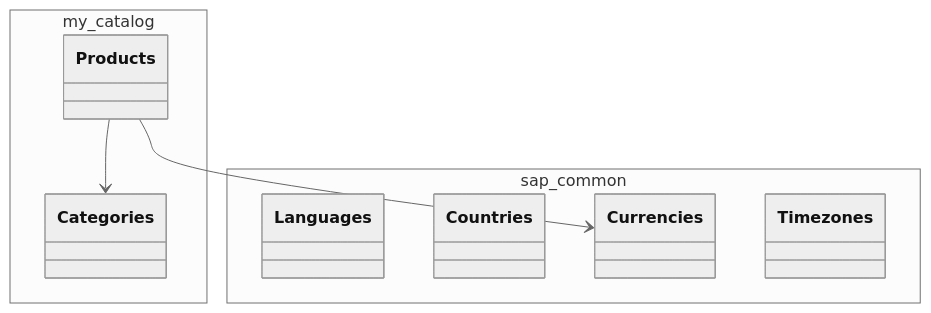
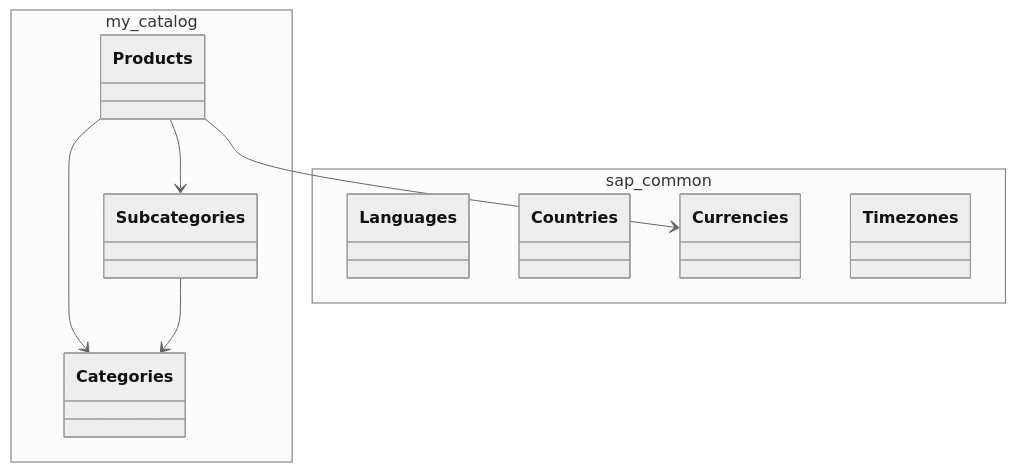
Before and after one commit to daiedy/Test_CAP: the diagram in docs/registry/DOMAIN-MODEL.md, drawn with Mermaid (neutral theme). The commit also changed other lines of this file and 27 other files, not shown here.

First line of the commit message:
feat(srv): products-subcategories backend

````diff
--- a/docs/registry/DOMAIN-MODEL.md
+++ b/docs/registry/DOMAIN-MODEL.md
@@ -8,16 +8,19 @@
 ```mermaid
 classDiagram
   namespace my_catalog {
     class `my.catalog.Products`["Products"]
     class `my.catalog.Categories`["Categories"]
+    class `my.catalog.Subcategories`["Subcategories"]
   }
   namespace sap_common {
     class `sap.common.Languages`["Languages"]
     class `sap.common.Countries`["Countries"]
     class `sap.common.Currencies`["Currencies"]
     class `sap.common.Timezones`["Timezones"]
   }
 
   `my.catalog.Products` -->  `sap.common.Currencies`
   `my.catalog.Products` -->  `my.catalog.Categories`
+  `my.catalog.Products` -->  `my.catalog.Subcategories`
+  `my.catalog.Subcategories` -->  `my.catalog.Categories`
 ```
````
